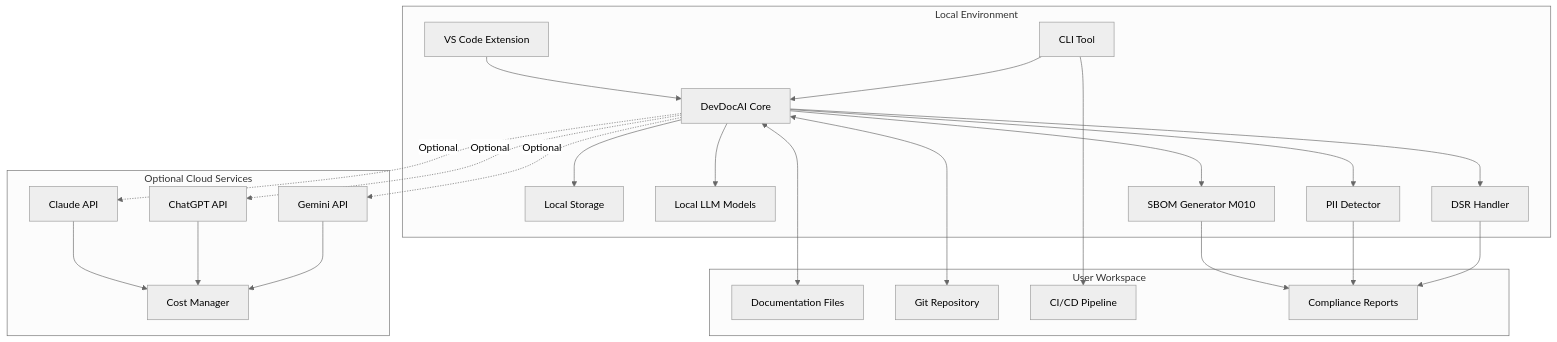
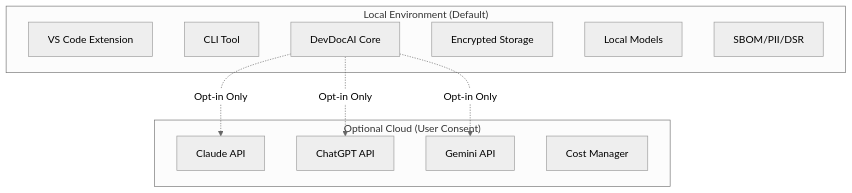
One commit to Org-EthereaLogic/DevDocAI-v3.5.0 changed the diagram in docs/DESIGN-devdocai-srs.md. Above: the diagram before and after it, drawn with Mermaid (neutral theme). The commit also changed other lines of this file, not shown here.

````diff
--- a/docs/DESIGN-devdocai-srs.md
+++ b/docs/DESIGN-devdocai-srs.md
@@ -209,47 +227,22 @@
 ```mermaid
 graph TB
-    subgraph "Local Environment"
+    subgraph "Local Environment (Default)"
         VSCode[VS Code Extension]
         CLI[CLI Tool]
         Core[DevDocAI Core]
-        LocalDB[Local Storage]
-        LocalLLM[Local LLM Models]
-        SBOM[SBOM Generator M010]
-        PII[PII Detector]
-        DSR[DSR Handler]
+        LocalDB[Encrypted Storage]
+        LocalLLM[Local Models]
+        Compliance[SBOM/PII/DSR]
     end
     
-    subgraph "Optional Cloud Services"
+    subgraph "Optional Cloud (User Consent)"
         Claude[Claude API]
         ChatGPT[ChatGPT API]
         Gemini[Gemini API]
         CostMgr[Cost Manager]
     end
     
-    subgraph "User Workspace"
-        Docs[Documentation Files]
-        Git[Git Repository]
-        CICD[CI/CD Pipeline]
-        Compliance[Compliance Reports]
-    end
-    
-    VSCode --> Core
-    CLI --> Core
-    Core --> LocalDB
-    Core --> LocalLLM
-    Core --> SBOM
-    Core --> PII
-    Core --> DSR
-    Core -.->|Optional| Claude
-    Core -.->|Optional| ChatGPT
-    Core -.->|Optional| Gemini
-    Claude --> CostMgr
-    ChatGPT --> CostMgr
-    Gemini --> CostMgr
-    Core <--> Docs
-    Core <--> Git
-    CLI --> CICD
-    SBOM --> Compliance
-    PII --> Compliance
-    DSR --> Compliance
+    Core -.->|Opt-in Only| Claude
+    Core -.->|Opt-in Only| ChatGPT
+    Core -.->|Opt-in Only| Gemini
 ```
````
